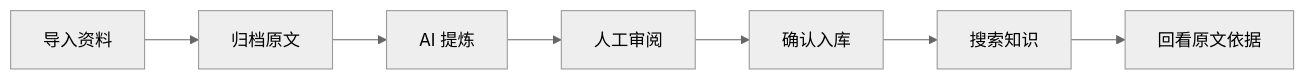
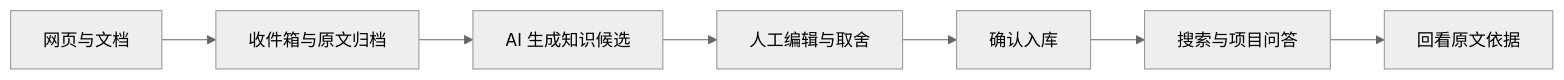
The diagram in README.md (zhouao010809-code/best-partners), drawn with Mermaid (neutral theme) before and after one commit. The commit also changed other lines of this file and 2 other files, not shown here.

````diff
--- a/README.md
+++ b/README.md
@@ -37,9 +40,9 @@
 ```mermaid
 flowchart LR
-  A[导入资料] --> B[归档原文]
-  B --> C[AI 提炼]
-  C --> D[人工审阅]
+  A[网页与文档] --> B[收件箱与原文归档]
+  B --> C[AI 生成知识候选]
+  C --> D[人工编辑与取舍]
   D --> E[确认入库]
-  E --> F[搜索知识]
+  E --> F[搜索与项目问答]
   F --> G[回看原文依据]
 ```
````
